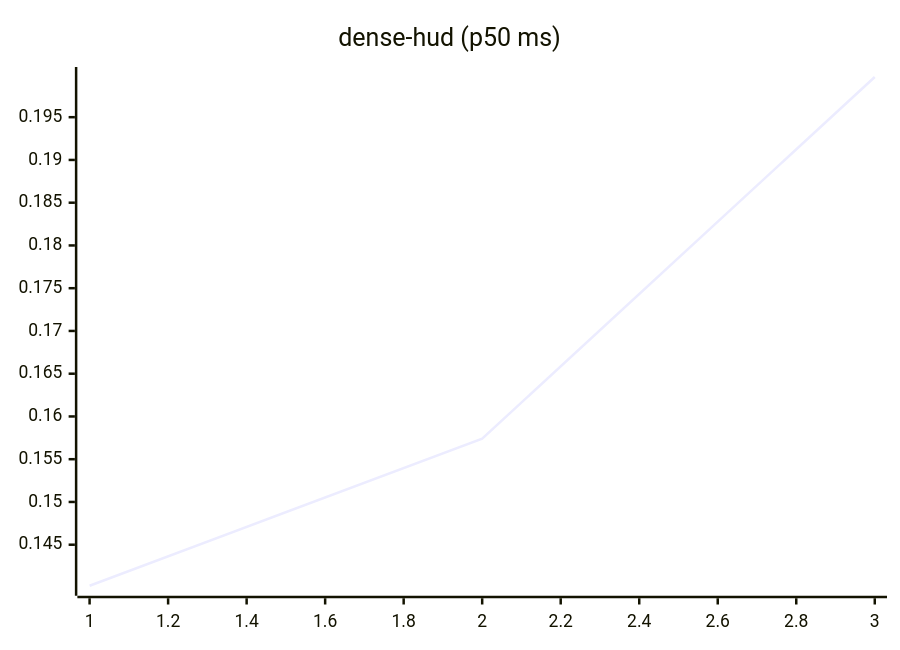
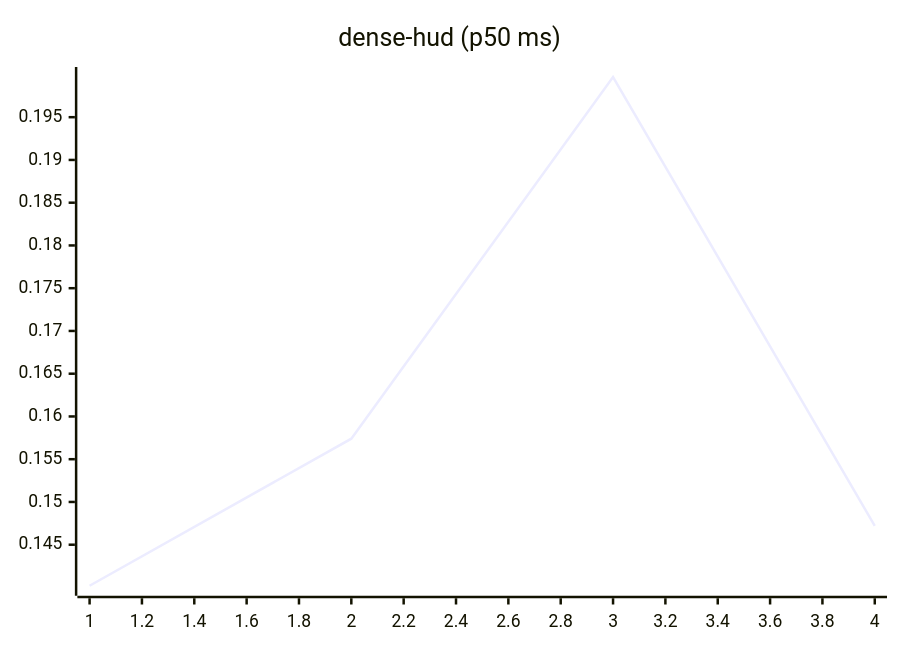
The eighth of 27 diagrams in README.md (josha/Facet), drawn with Mermaid before and after one commit. The commit also changed other lines of this file and 2 other files, not shown here.

````diff
--- a/README.md
+++ b/README.md
@@ -112,6 +112,6 @@
 ```mermaid
 xychart-beta
     title "dense-hud (p50 ms)"
-    x-axis 1 --> 3
-    line [0.1402, 0.1574, 0.1997]
+    x-axis 1 --> 4
+    line [0.1402, 0.1574, 0.1997, 0.1472]
 ```
````
